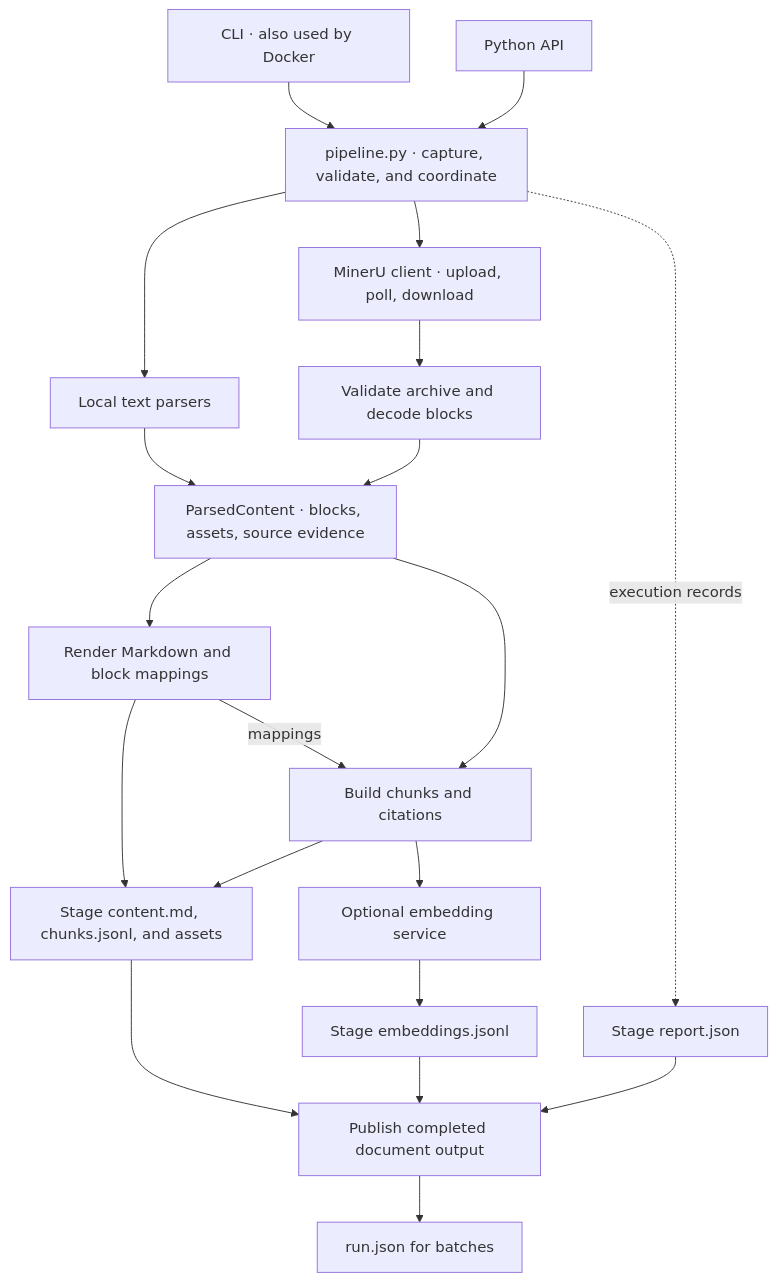
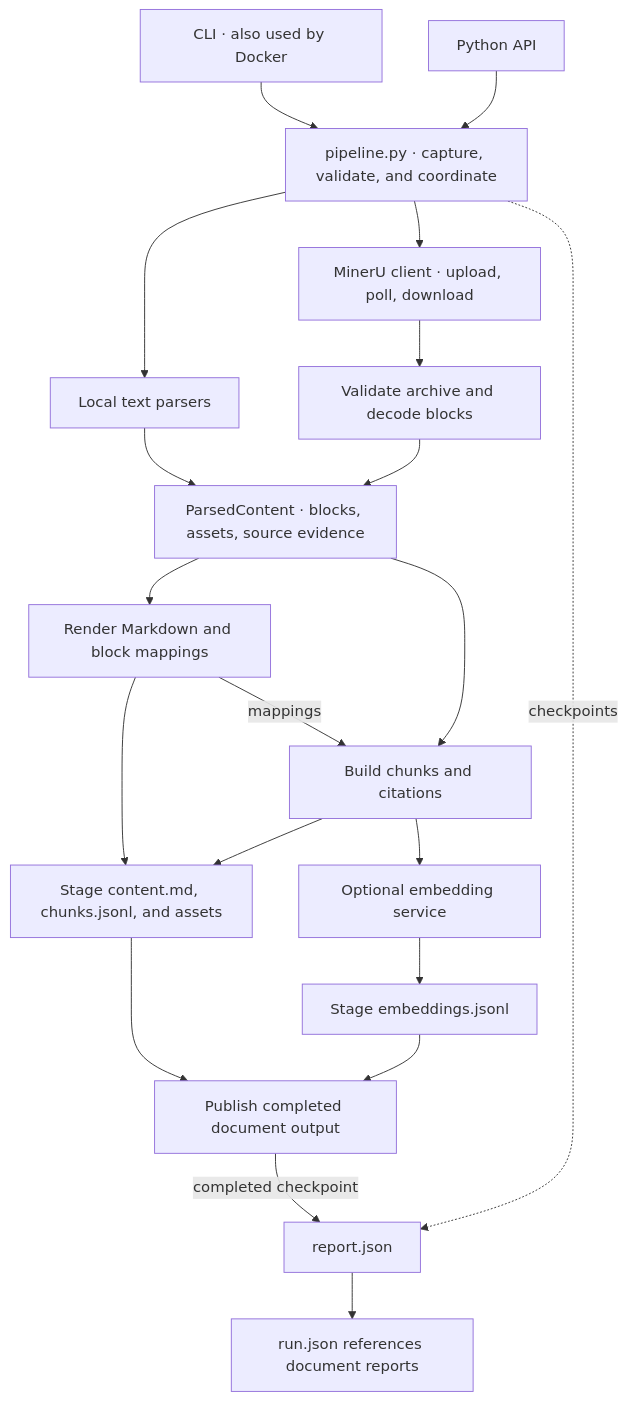
The diagram in docs/architecture.md (ShaoxinLi/Multimodal-Doc-Pipeline), drawn with Mermaid before and after one commit. The commit also changed other lines of this file and 34 other files, not shown here.

First line of the commit message:
feat: checkpoint document reports and track service observations

````diff
--- a/docs/architecture.md
+++ b/docs/architecture.md
@@ -11,22 +11,22 @@
 ```mermaid
 flowchart TD
 	CLI["CLI · also used by Docker"] --> PIPE["pipeline.py · capture, validate, and coordinate"]
 	API["Python API"] --> PIPE
 	PIPE --> LOCAL["Local text parsers"]
 	PIPE --> REMOTE["MinerU client · upload, poll, download"]
 	REMOTE --> DECODE["Validate archive and decode blocks"]
 	LOCAL --> CONTENT["ParsedContent · blocks, assets, source evidence"]
 	DECODE --> CONTENT
 	CONTENT --> RENDER["Render Markdown and block mappings"]
 	RENDER --> FILES["Stage content.md, chunks.jsonl, and assets"]
 	CONTENT --> CHUNK["Build chunks and citations"]
 	RENDER -->|mappings| CHUNK
 	CHUNK --> FILES
 	CHUNK --> EMBED["Optional embedding service"]
 	EMBED --> VECTORS["Stage embeddings.jsonl"]
 	FILES --> PUBLISH["Publish completed document output"]
 	VECTORS --> PUBLISH
-	PIPE -. execution records .-> REPORT["Stage report.json"]
-	REPORT --> PUBLISH
-	PUBLISH --> BATCH["run.json for batches"]
+	PIPE -. checkpoints .-> REPORT["report.json"]
+	PUBLISH -->|completed checkpoint| REPORT
+	REPORT --> BATCH["run.json references document reports"]
 ```
````
